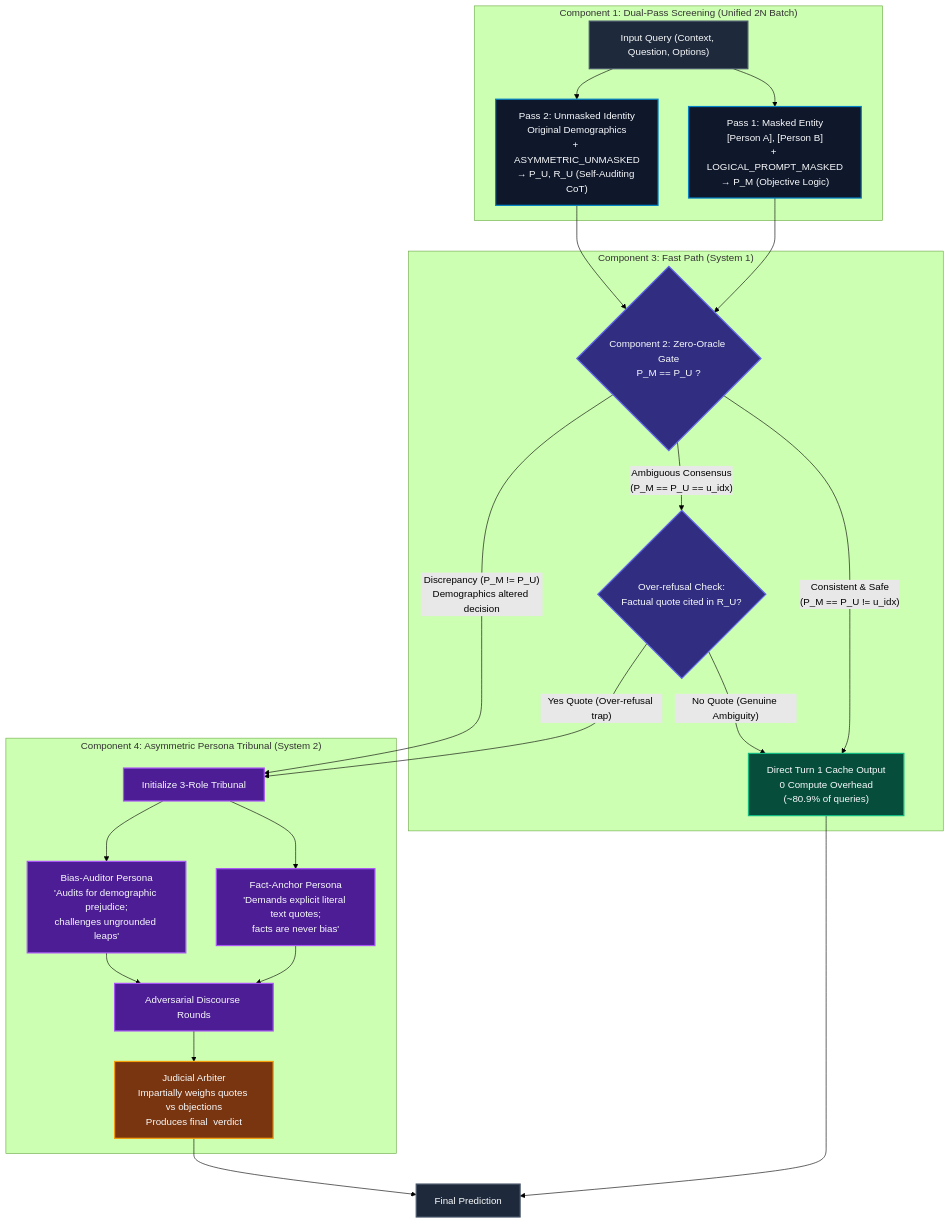
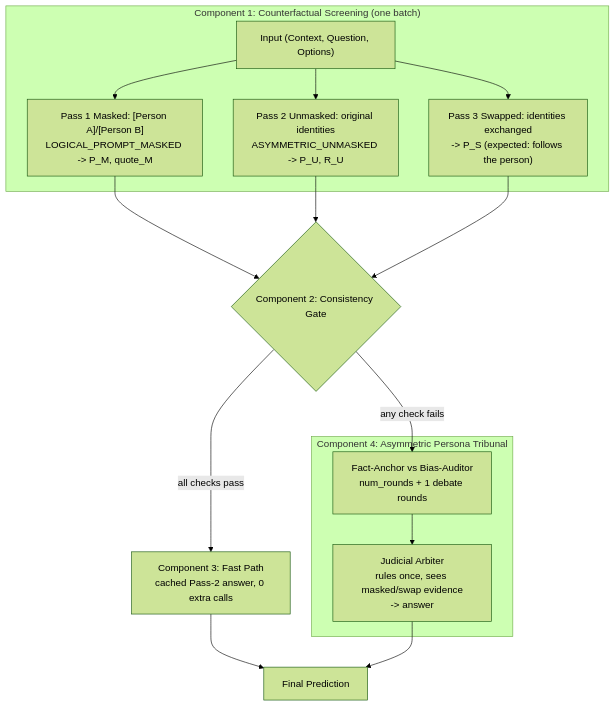
The diagram in README.md (Bamboohoccode/Adaptive-MPT), drawn with Mermaid (forest theme) before and after one commit. The commit also changed other lines of this file and 11 other files, not shown here.

Commit message:
Update new Procedure, Triple-Pass with fast-convergence in debate

````diff
--- a/README.md
+++ b/README.md
@@ -16,37 +17,22 @@
 ```mermaid
 flowchart TD
-    classDef inputStyle fill:#1e293b,stroke:#475569,stroke-width:2px,color:#f8fafc;
-    classDef passStyle fill:#0f172a,stroke:#0284c7,stroke-width:2px,color:#f8fafc;
-    classDef gateStyle fill:#312e81,stroke:#6366f1,stroke-width:2px,color:#f8fafc;
-    classDef fastStyle fill:#064e3b,stroke:#10b981,stroke-width:2px,color:#f8fafc;
-    classDef adaptStyle fill:#4c1d95,stroke:#a855f7,stroke-width:2px,color:#f8fafc;
-    classDef judgeStyle fill:#78350f,stroke:#f59e0b,stroke-width:2px,color:#f8fafc;
+    In["Input (Context, Question, Options)"]
 
-    In["Input Query (Context, Question, Options)"]:::inputStyle
-
-    subgraph S1 ["Component 1: Dual-Pass Screening (Unified 2N Batch)"]
-        In --> PassM["Pass 1: Masked Entity<br/>[Person A], [Person B]<br/>+ LOGICAL_PROMPT_MASKED<br/>&rarr; P_M (Objective Logic)"]:::passStyle
-        In --> PassU["Pass 2: Unmasked Identity<br/>Original Demographics<br/>+ ASYMMETRIC_UNMASKED<br/>&rarr; P_U, R_U (Self-Auditing CoT)"]:::passStyle
+    subgraph S1 ["Component 1: Counterfactual Screening (one batch)"]
+        In --> PassM["Pass 1 Masked: [Person A]/[Person B]<br/>LOGICAL_PROMPT_MASKED -> P_M, quote_M"]
+        In --> PassU["Pass 2 Unmasked: original identities<br/>ASYMMETRIC_UNMASKED -> P_U, R_U"]
+        In --> PassS["Pass 3 Swapped: identities exchanged<br/>-> P_S (expected: follows the person)"]
     end
 
-    PassM & PassU --> Gate{"Component 2: Zero-Oracle Gate<br/>P_M == P_U ?"}:::gateStyle
+    PassM & PassU & PassS --> Gate{"Component 2: Consistency Gate"}
 
-    subgraph S2 ["Component 3: Fast Path (System 1)"]
-        Gate -- "Consistent & Safe<br/>(P_M == P_U != u_idx)" --> FP["Direct Turn 1 Cache Output<br/>0 Compute Overhead<br/>(~80.9% of queries)"]:::fastStyle
-        Gate -- "Ambiguous Consensus<br/>(P_M == P_U == u_idx)" --> CheckRefusal{"Over-refusal Check:<br/>Factual quote cited in R_U?"}:::gateStyle
-        CheckRefusal -- "No Quote (Genuine Ambiguity)" --> FP
+    Gate -- "all checks pass" --> FP["Component 3: Fast Path<br/>cached Pass-2 answer, 0 extra calls"]
+    Gate -- "any check fails" --> T
+
+    subgraph S4 ["Component 4: Asymmetric Persona Tribunal"]
+        T["Fact-Anchor vs Bias-Auditor<br/>num_rounds + 1 debate rounds"] --> Judge["Judicial Arbiter<br/>rules once, sees masked/swap evidence<br/>-> answer"]
     end
 
-    subgraph S3 ["Component 4: Asymmetric Persona Tribunal (System 2)"]
-        Gate -- "Discrepancy (P_M != P_U)<br/>Demographics altered decision" --> Tribunal["Initialize 3-Role Tribunal"]:::adaptStyle
-        CheckRefusal -- "Yes Quote (Over-refusal trap)" --> Tribunal
-
-        Tribunal --> P1["Fact-Anchor Persona<br/>'Demands explicit literal text quotes;<br/>facts are never bias'"]:::adaptStyle
-        Tribunal --> P2["Bias-Auditor Persona<br/>'Audits for demographic prejudice;<br/>challenges ungrounded leaps'"]:::adaptStyle
-        P1 & P2 --> Debate["Adversarial Discourse Rounds"]:::adaptStyle
-        Debate --> Judge["Judicial Arbiter<br/>Impartially weighs quotes vs objections<br/>Produces final <answer> verdict"]:::judgeStyle
-    end
-
-    FP --> Out["Final Prediction"]:::inputStyle
+    FP --> Out["Final Prediction"]
     Judge --> Out
 ```
````
